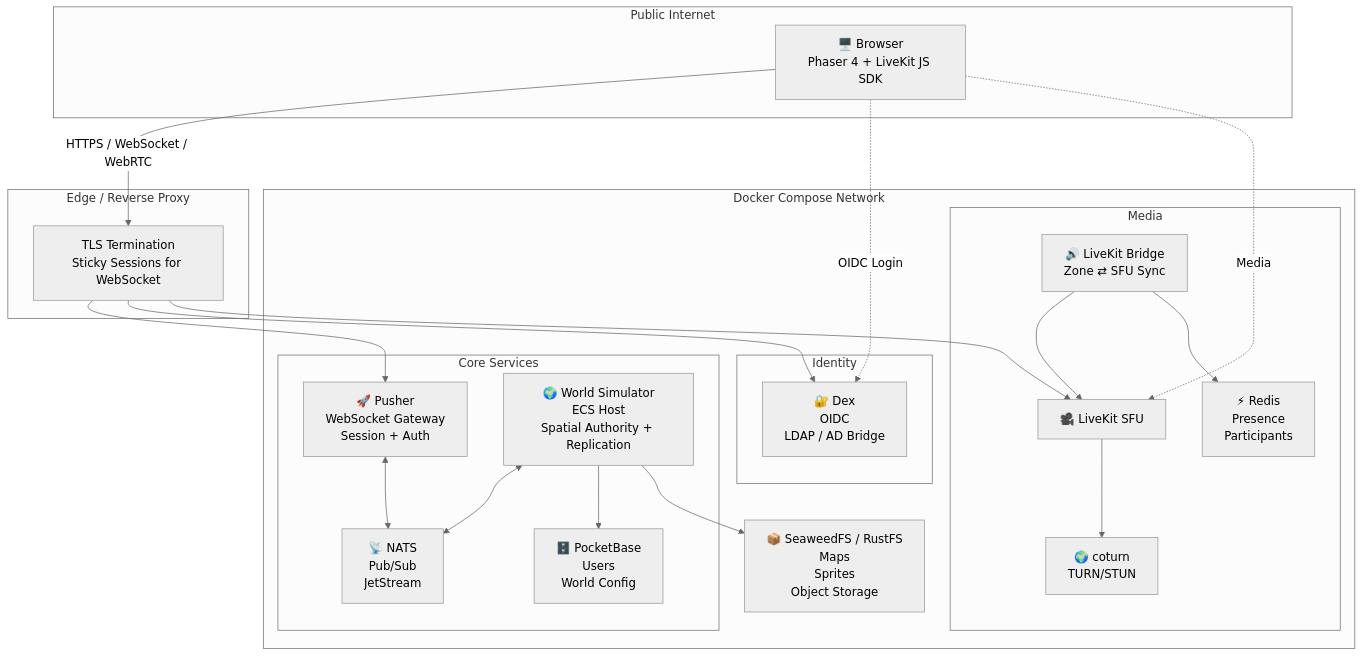
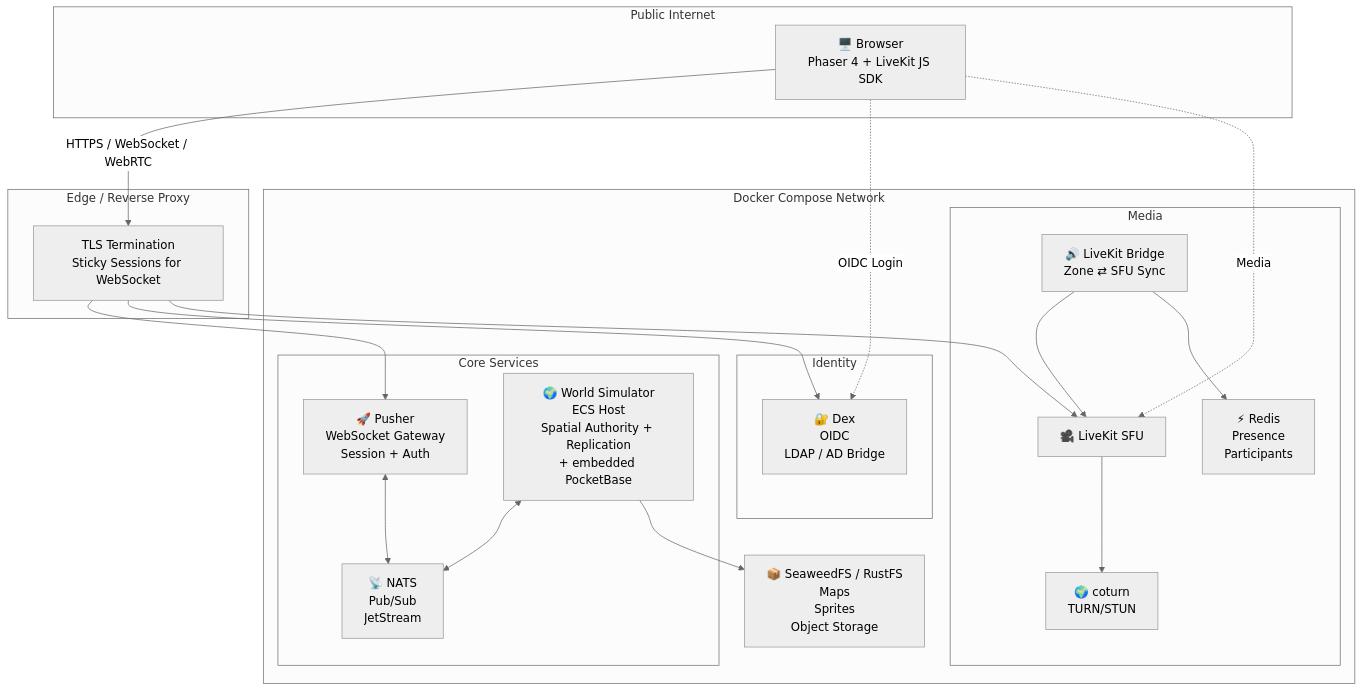
Before and after one commit to lstep/PixelEruv: the first of 3 diagrams in documentation/05-architecture.md, drawn with Mermaid (neutral theme). The commit also changed other lines of this file and 12 other files, not shown here.

First line of the commit message:
docs: update all documentation for embedded PocketBase

```diff
--- a/documentation/05-architecture.md
+++ b/documentation/05-architecture.md
@@ -44,11 +45,9 @@
 
             Pusher["🚀 Pusher<br/>WebSocket Gateway<br/>Session + Auth"]
 
-            WorldSim["🌍 World Simulator<br/>ECS Host<br/>Spatial Authority + Replication"]
+            WorldSim["🌍 World Simulator<br/>ECS Host<br/>Spatial Authority + Replication<br/>+ embedded PocketBase"]
 
             NATS["📡 NATS<br/>Pub/Sub<br/>JetStream"]
-
-            PocketBase["🗄️ PocketBase<br/>Users<br/>World Config"]
 
         end
 
@@ -86,8 +85,6 @@
 
     WorldSim <--> NATS
 
-    WorldSim --> PocketBase
-
     Bridge --> LiveKit
 
     Bridge --> Redis
```
